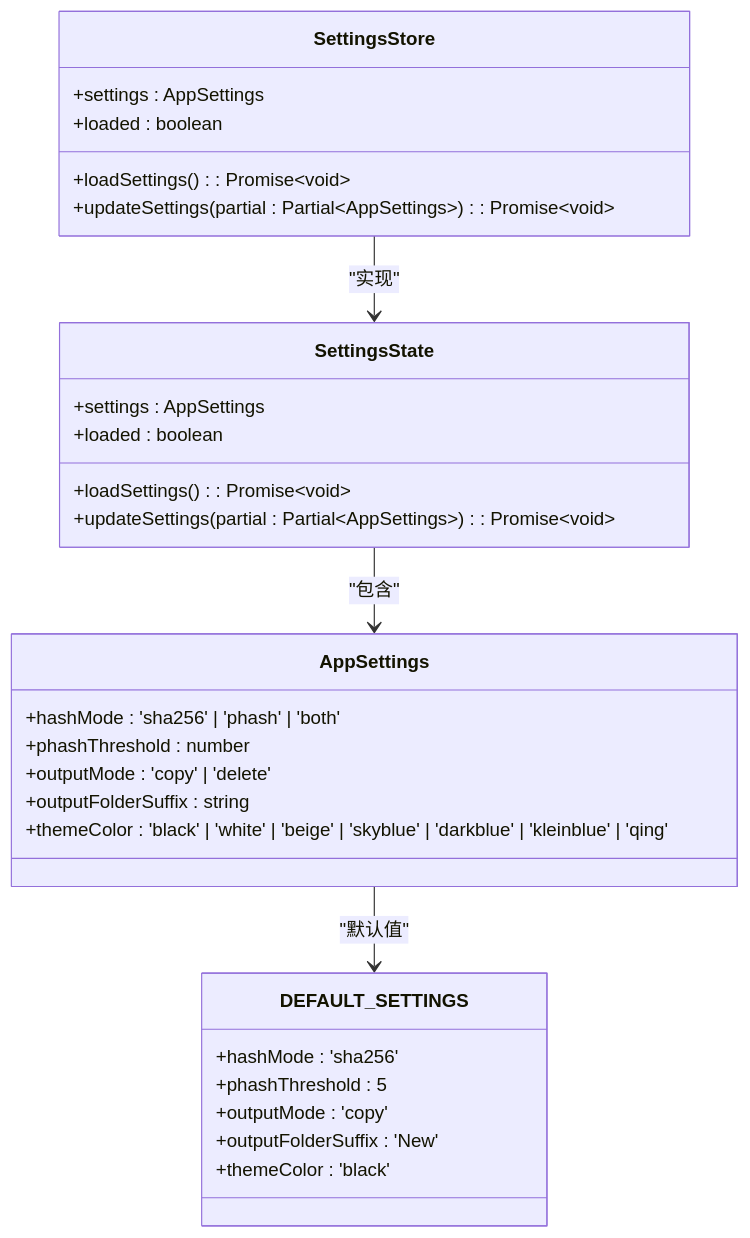
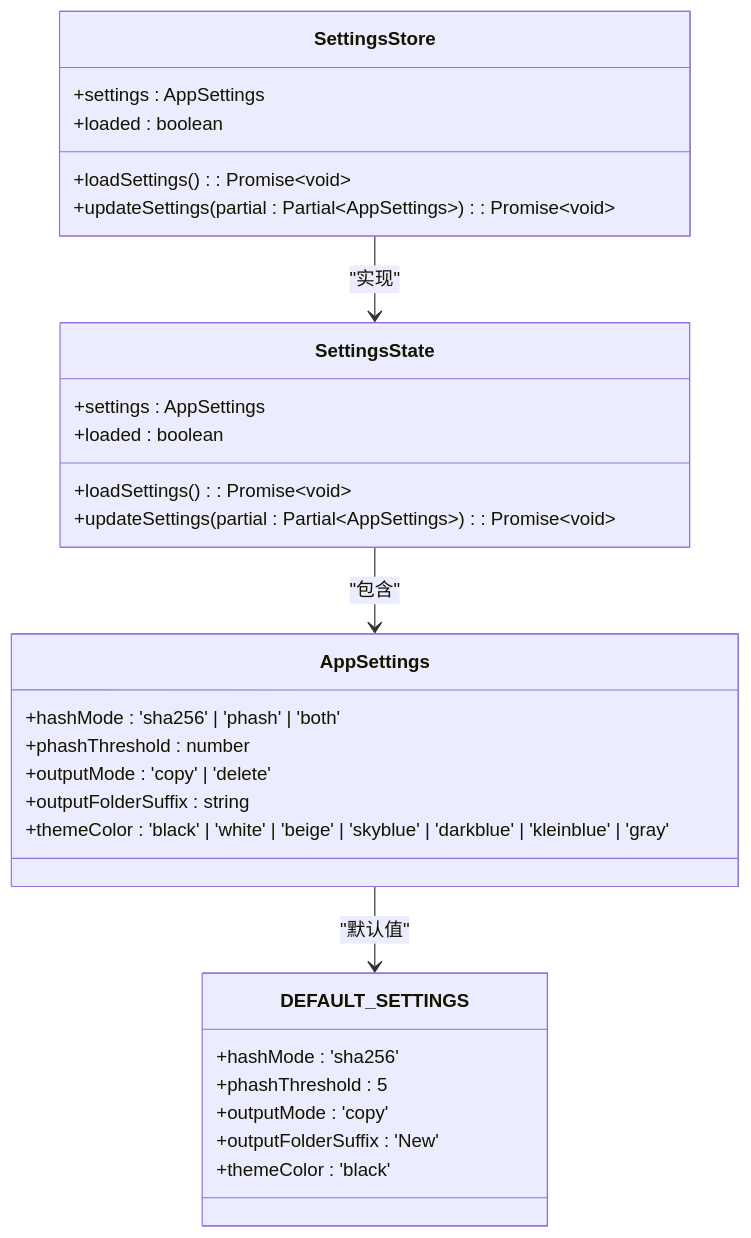
Before and after one commit to remgasuki/ReDoPhoto: the second of 9 diagrams in .qoder/repowiki/zh/content/核心服务模块/设置管理服务.md, drawn with Mermaid. The commit also changed other lines of this file and 39 other files, not shown here.

````diff
--- a/.qoder/repowiki/zh/content/核心服务模块/设置管理服务.md
+++ b/.qoder/repowiki/zh/content/核心服务模块/设置管理服务.md
@@ -99,32 +101,32 @@
 ```mermaid
 classDiagram
 class AppSettings {
 +hashMode : 'sha256' | 'phash' | 'both'
 +phashThreshold : number
 +outputMode : 'copy' | 'delete'
 +outputFolderSuffix : string
-+themeColor : 'black' | 'white' | 'beige' | 'skyblue' | 'darkblue' | 'kleinblue' | 'qing'
++themeColor : 'black' | 'white' | 'beige' | 'skyblue' | 'darkblue' | 'kleinblue' | 'gray'
 }
 class DEFAULT_SETTINGS {
 +hashMode : 'sha256'
 +phashThreshold : 5
 +outputMode : 'copy'
 +outputFolderSuffix : 'New'
 +themeColor : 'black'
 }
 class SettingsState {
 +settings : AppSettings
 +loaded : boolean
 +loadSettings() : Promise~void~
 +updateSettings(partial : Partial~AppSettings~) : Promise~void~
 }
 class SettingsStore {
 +settings : AppSettings
 +loaded : boolean
 +loadSettings() : Promise~void~
 +updateSettings(partial : Partial~AppSettings~) : Promise~void~
 }
 AppSettings --> DEFAULT_SETTINGS : "默认值"
 SettingsState --> AppSettings : "包含"
 SettingsStore --> SettingsState : "实现"
 ```
````
